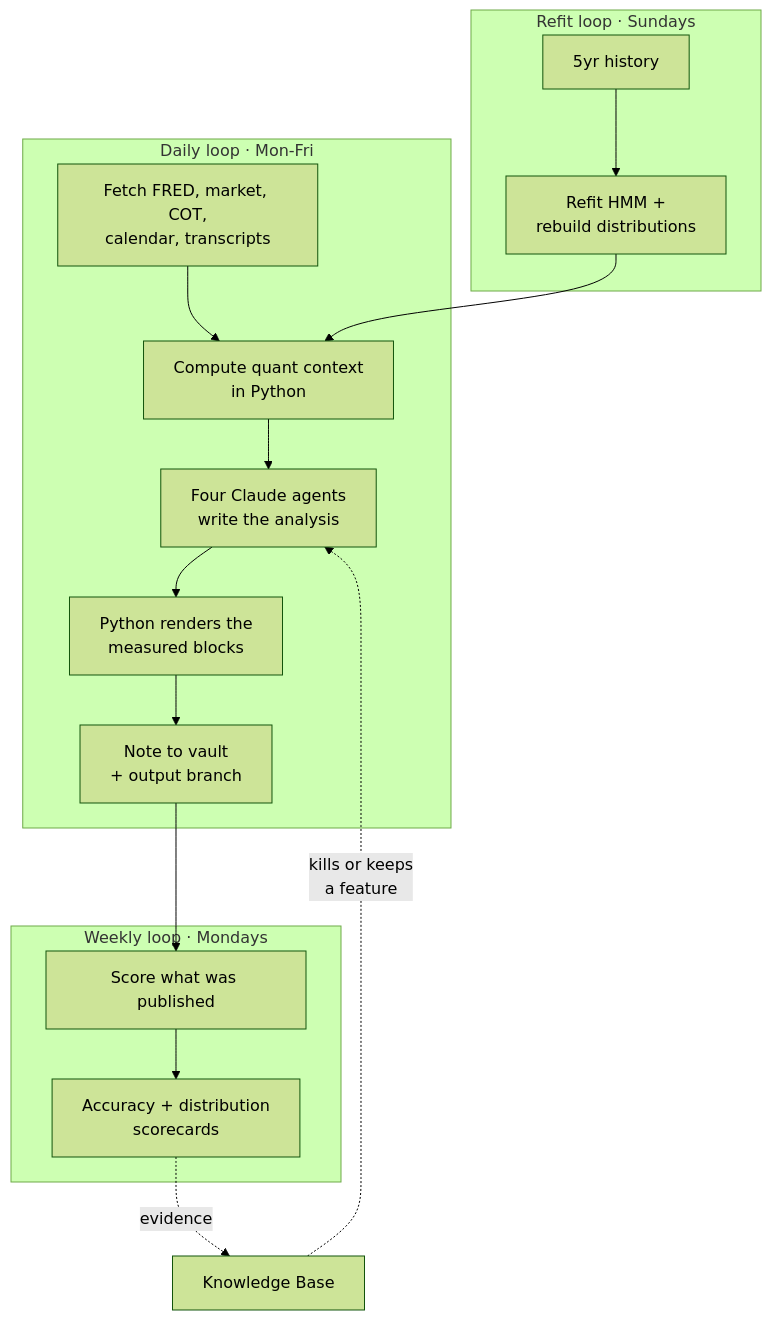
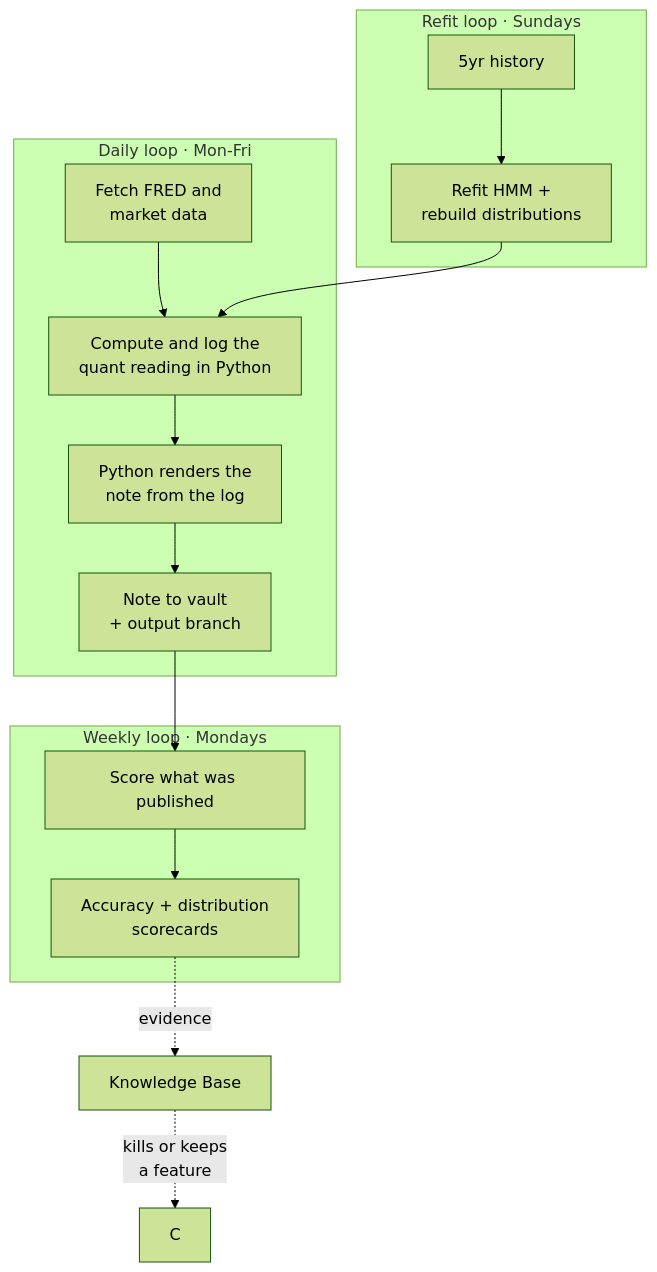
One commit to GregsterBoe/Macro-Assist changed the diagram in docs/concepts/what-this-is.md. Above: the diagram before and after it, drawn with Mermaid (forest theme). The commit also changed other lines of this file and 26 other files, not shown here.

````diff
--- a/docs/concepts/what-this-is.md
+++ b/docs/concepts/what-this-is.md
@@ -53,22 +59,21 @@
 ```mermaid
 flowchart TD
     subgraph daily["Daily loop · Mon-Fri"]
-        A[Fetch FRED, market, COT,<br/>calendar, transcripts] --> B[Compute quant context<br/>in Python]
-        B --> C[Four Claude agents<br/>write the analysis]
-        C --> D[Python renders the<br/>measured blocks]
+        A[Fetch FRED and<br/>market data] --> B[Compute and log the<br/>quant reading in Python]
+        B --> D[Python renders the<br/>note from the log]
         D --> E[Note to vault<br/>+ output branch]
     end
 
     subgraph weekly["Weekly loop · Mondays"]
         E --> F[Score what was published]
         F --> G[Accuracy + distribution<br/>scorecards]
     end
 
     subgraph refit["Refit loop · Sundays"]
         H[5yr history] --> I[Refit HMM +<br/>rebuild distributions]
         I --> B
     end
 
     G -.->|"evidence"| K[Knowledge Base]
     K -.->|"kills or keeps<br/>a feature"| C
 ```
````
